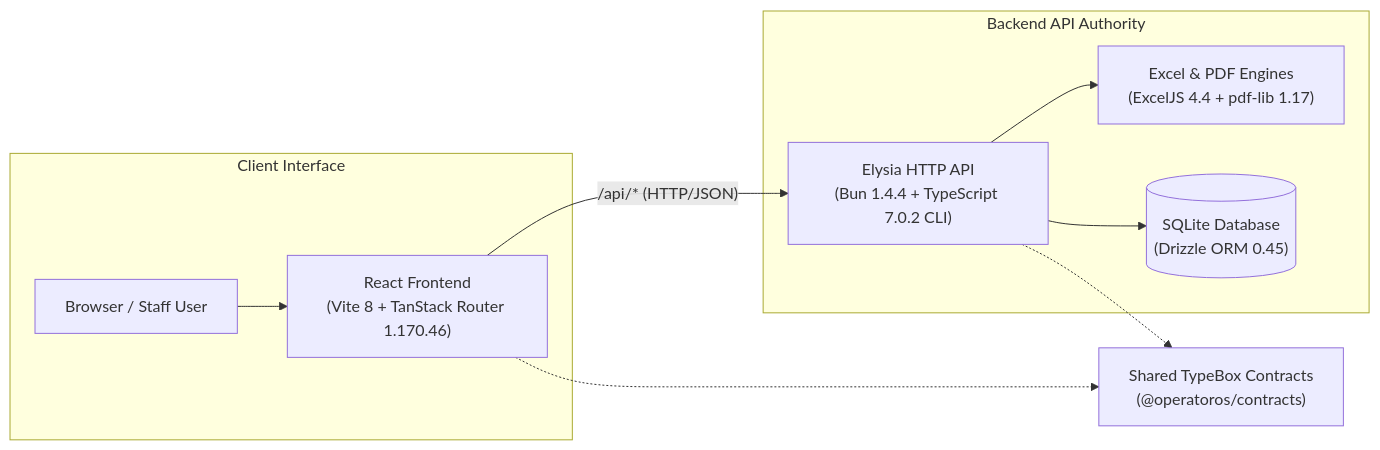
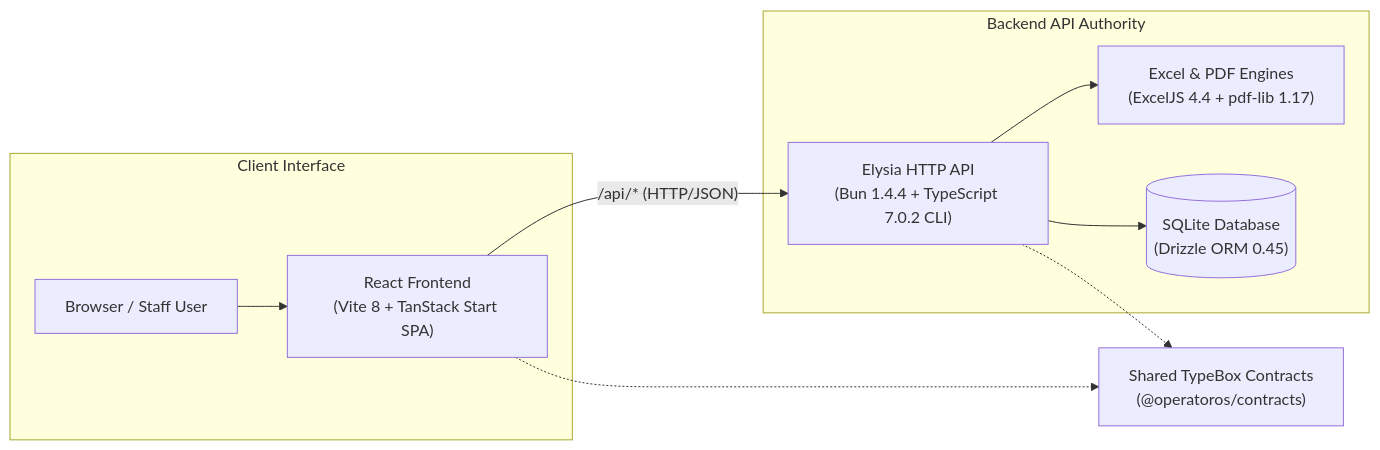
Before and after one commit to daoistmadness/operatoros: the first of 3 diagrams in README.md, drawn with Mermaid. The commit also changed other lines of this file and 129 other files, not shown here.

````diff
--- a/README.md
+++ b/README.md
@@ -40,22 +46,22 @@
 ```mermaid
 flowchart LR
   subgraph Client ["Client Interface"]
     Browser["Browser / Staff User"]
-    FE["React Frontend<br/>(Vite 8 + TanStack Router 1.170.46)"]
+    FE["React Frontend<br/>(Vite 8 + TanStack Start SPA)"]
   end
 
   subgraph Server ["Backend API Authority"]
     API["Elysia HTTP API<br/>(Bun 1.4.4 + TypeScript 7.0.2 CLI)"]
     Excel["Excel & PDF Engines<br/>(ExcelJS 4.4 + pdf-lib 1.17)"]
     DB[("SQLite Database<br/>(Drizzle ORM 0.45)")]
   end
 
   Contracts["Shared TypeBox Contracts<br/>(@operatoros/contracts)"]
 
   Browser --> FE
   FE -->|"/api/* (HTTP/JSON)"| API
   API --> DB
   API --> Excel
   FE -.-> Contracts
   API -.-> Contracts
 ```
````
